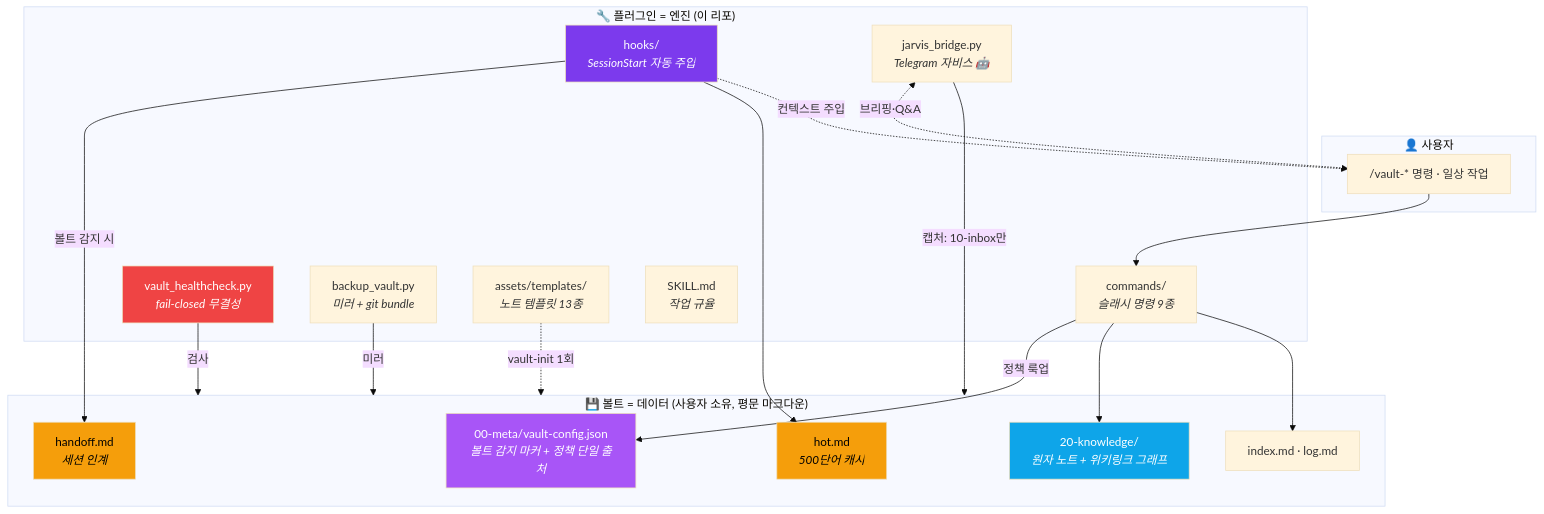
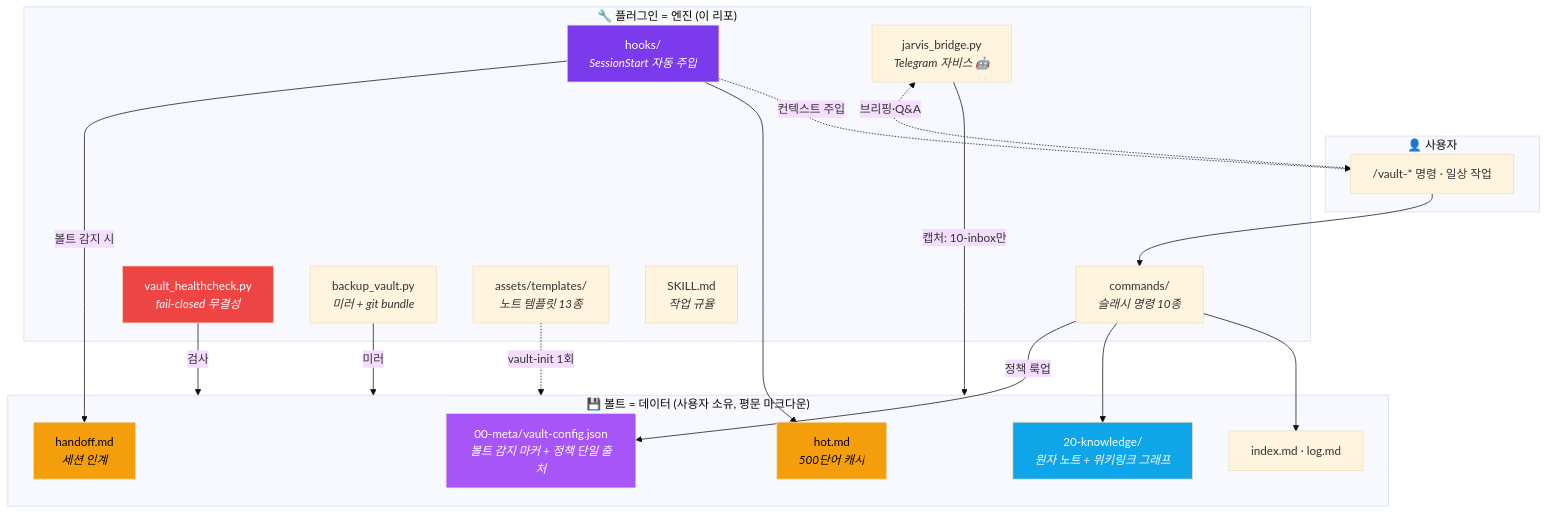
Before and after one commit to Technoetic/agentic-vault: the second of 5 diagrams in README.md, drawn with Mermaid (base theme). The commit also changed other lines of this file and 3 other files, not shown here.

````diff
--- a/README.md
+++ b/README.md
@@ -95,44 +96,44 @@
 ```mermaid
 flowchart TB
     subgraph user["👤 사용자"]
         U["/vault-* 명령 · 일상 작업"]
     end
 
     subgraph plugin["🔧 플러그인 = 엔진 (이 리포)"]
-        CMD["commands/<br/><i>슬래시 명령 9종</i>"]
+        CMD["commands/<br/><i>슬래시 명령 10종</i>"]
         HOOK["hooks/<br/><i>SessionStart 자동 주입</i>"]
         HC["vault_healthcheck.py<br/><i>fail-closed 무결성</i>"]
         BK["backup_vault.py<br/><i>미러 + git bundle</i>"]
         JB["jarvis_bridge.py<br/><i>Telegram 자비스 🤖</i>"]
         TPL["assets/templates/<br/><i>노트 템플릿 13종</i>"]
         SK["SKILL.md<br/><i>작업 규율</i>"]
     end
 
     subgraph vault["💾 볼트 = 데이터 (사용자 소유, 평문 마크다운)"]
         CFG["00-meta/vault-config.json<br/><i>볼트 감지 마커 + 정책 단일 출처</i>"]
         HOT["hot.md<br/><i>500단어 캐시</i>"]
         HND["handoff.md<br/><i>세션 인계</i>"]
         IDX["index.md · log.md"]
         KNW["20-knowledge/<br/><i>원자 노트 + 위키링크 그래프</i>"]
     end
 
     U --> CMD
     TPL -.vault-init 1회.-> vault
     CMD -->|정책 룩업| CFG
     CMD --> KNW
     CMD --> IDX
     HOOK -->|볼트 감지 시| HND
     HOOK --> HOT
     HOOK -.컨텍스트 주입.-> U
     HC -->|검사| vault
     BK -->|미러| vault
     JB -->|캡처: 10-inbox만| vault
     JB <-.->|브리핑·Q&A| U
 
     style CFG fill:#A855F7,color:#fff
     style HOOK fill:#7C3AED,color:#fff
     style HC fill:#EF4444,color:#fff
     style HOT fill:#F59E0B,color:#000
     style HND fill:#F59E0B,color:#000
     style KNW fill:#0EA5E9,color:#fff
 ```
````
